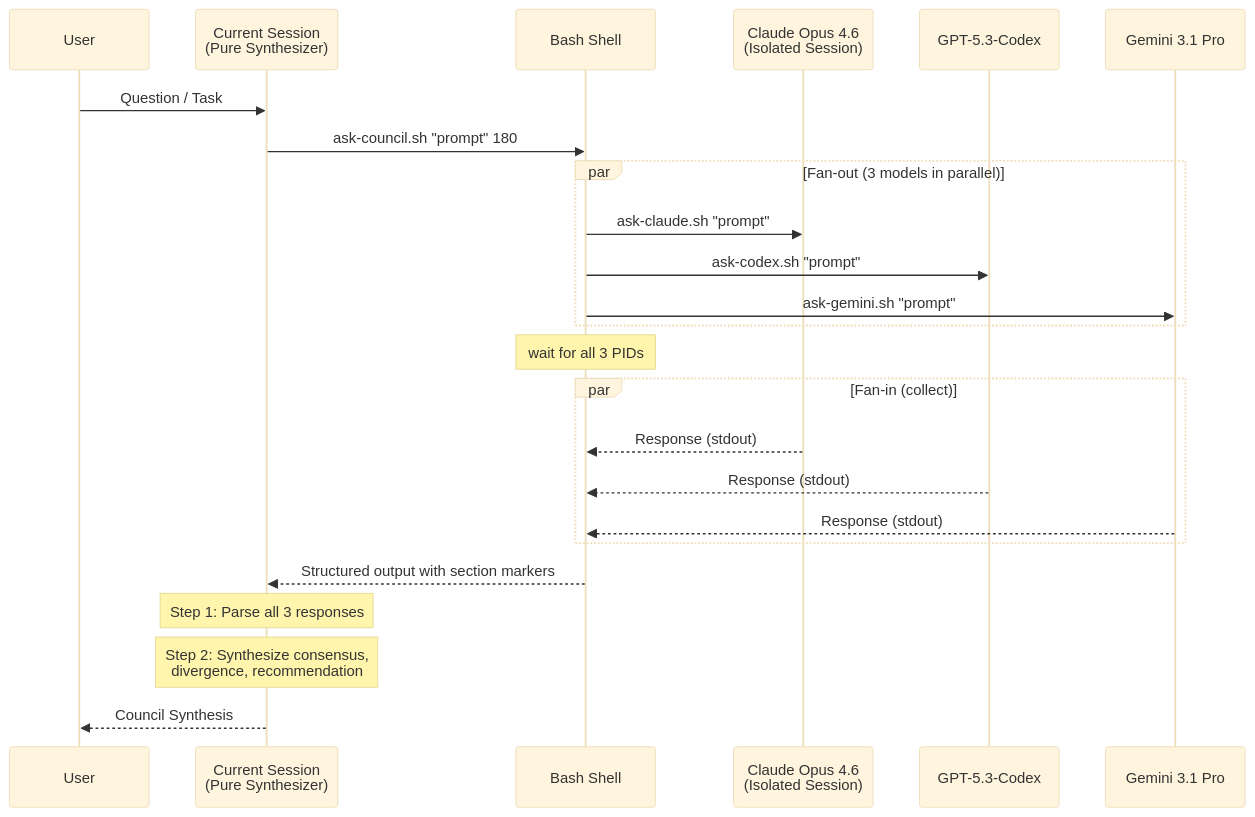
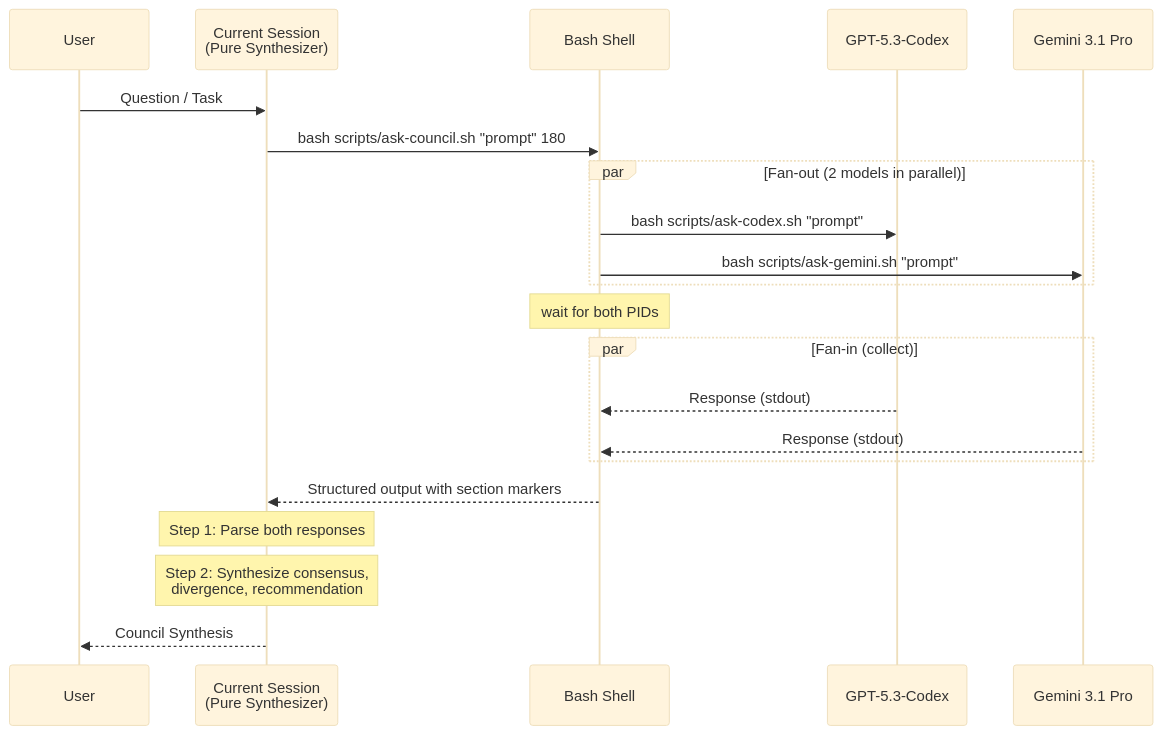
One commit to twwoo0210/codex-gemini-council changed the diagram in docs/architecture.md. Above: the diagram before and after it, drawn with Mermaid (base theme). The commit also changed other lines of this file and 4 other files, not shown here.

First line of the commit message:
docs: align architecture and setup guides with Dual LLM Council logic

````diff
--- a/docs/architecture.md
+++ b/docs/architecture.md
@@ -20,31 +19,28 @@
 ```mermaid
 sequenceDiagram
     participant User
     participant Session as Current Session<br/>(Pure Synthesizer)
     participant Bash as Bash Shell
-    participant Claude as Claude Opus 4.6<br/>(Isolated Session)
     participant Codex as GPT-5.3-Codex
     participant Gemini as Gemini 3.1 Pro
 
     User->>Session: Question / Task
-    Session->>Bash: ask-council.sh "prompt" 180
+    Session->>Bash: bash scripts/ask-council.sh "prompt" 180
 
-    par Fan-out (3 models in parallel)
-        Bash->>Claude: ask-claude.sh "prompt"
-        Bash->>Codex: ask-codex.sh "prompt"
-        Bash->>Gemini: ask-gemini.sh "prompt"
+    par Fan-out (2 models in parallel)
+        Bash->>Codex: bash scripts/ask-codex.sh "prompt"
+        Bash->>Gemini: bash scripts/ask-gemini.sh "prompt"
     end
 
-    Note over Bash: wait for all 3 PIDs
+    Note over Bash: wait for both PIDs
 
     par Fan-in (collect)
-        Claude-->>Bash: Response (stdout)
         Codex-->>Bash: Response (stdout)
         Gemini-->>Bash: Response (stdout)
     end
 
     Bash-->>Session: Structured output with section markers
-    Note over Session: Step 1: Parse all 3 responses
+    Note over Session: Step 1: Parse both responses
     Note over Session: Step 2: Synthesize consensus,<br/>divergence, recommendation
     Session-->>User: Council Synthesis
 ```
````
